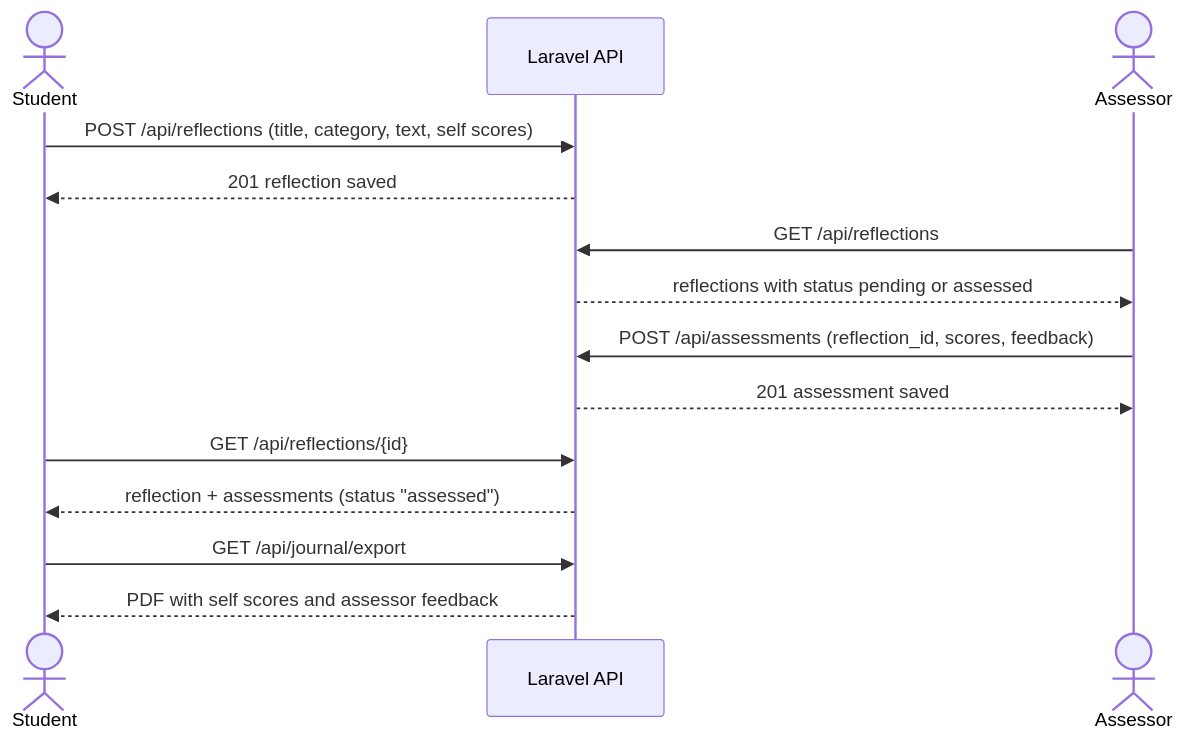
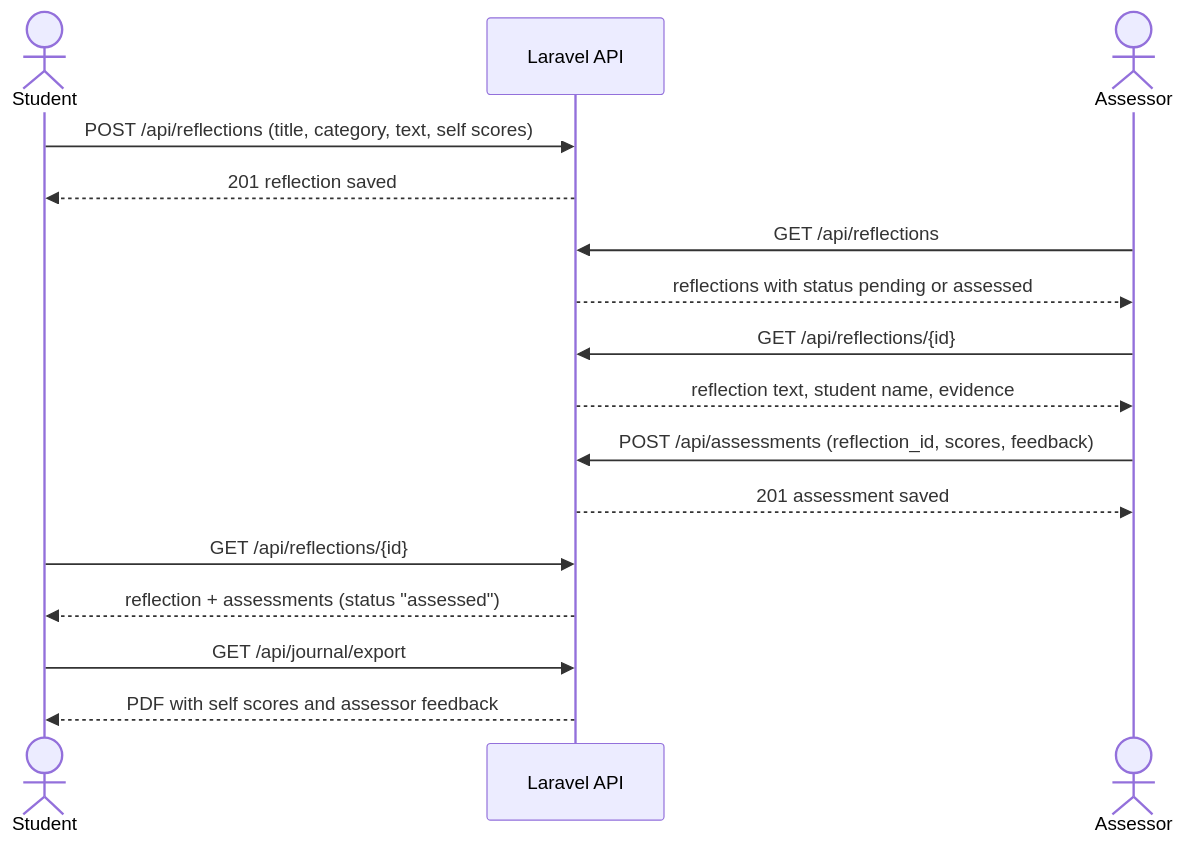
One commit to Anh-B/CSE3CAP changed the third of 3 diagrams in README.md. Above: the diagram before and after it, drawn with Mermaid. The commit also changed other lines of this file, not shown here.

````diff
--- a/README.md
+++ b/README.md
@@ -167,16 +170,18 @@
 ```mermaid
 sequenceDiagram
     actor S as Student
     participant API as Laravel API
     actor A as Assessor
     S->>API: POST /api/reflections (title, category, text, self scores)
     API-->>S: 201 reflection saved
     A->>API: GET /api/reflections
     API-->>A: reflections with status pending or assessed
+    A->>API: GET /api/reflections/{id}
+    API-->>A: reflection text, student name, evidence
     A->>API: POST /api/assessments (reflection_id, scores, feedback)
     API-->>A: 201 assessment saved
     S->>API: GET /api/reflections/{id}
     API-->>S: reflection + assessments (status "assessed")
     S->>API: GET /api/journal/export
     API-->>S: PDF with self scores and assessor feedback
 ```
````
